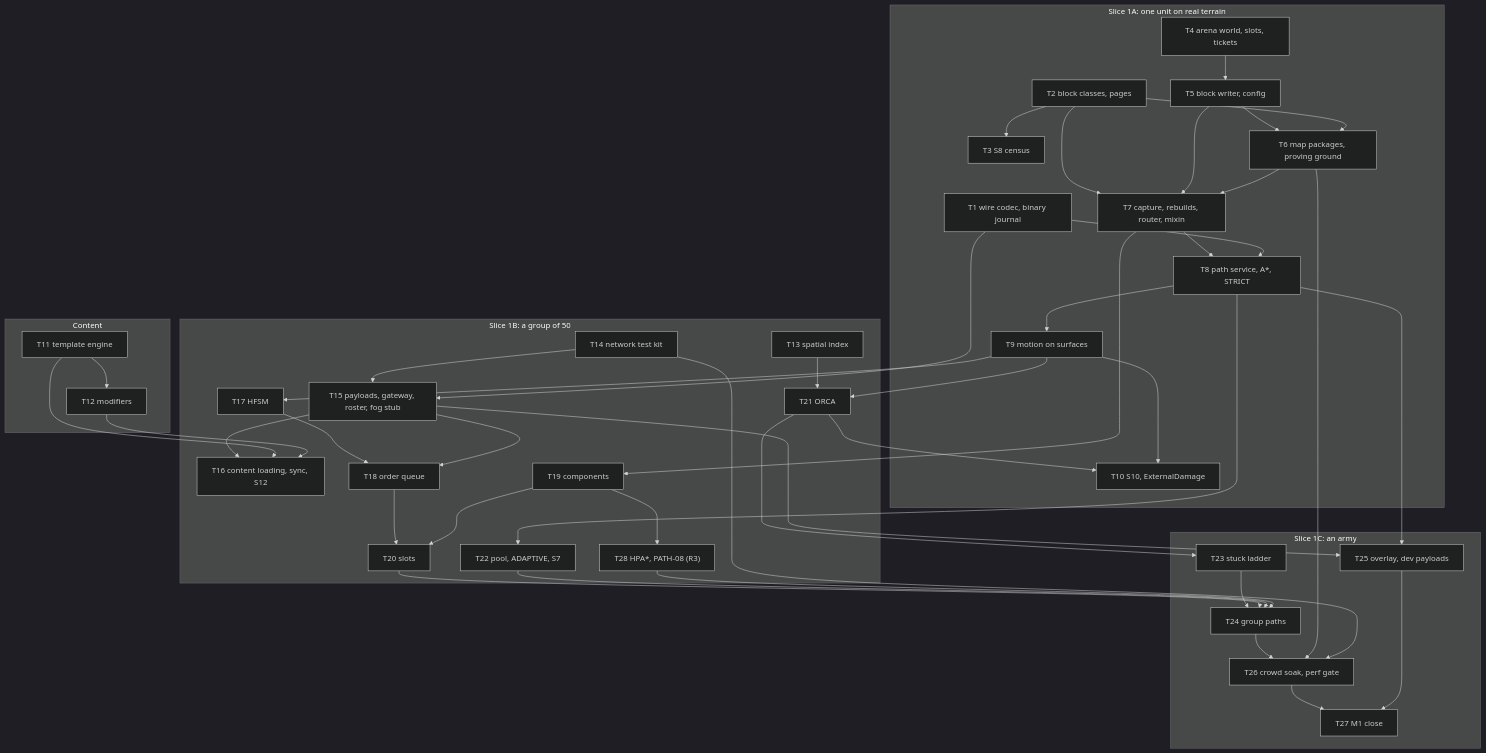
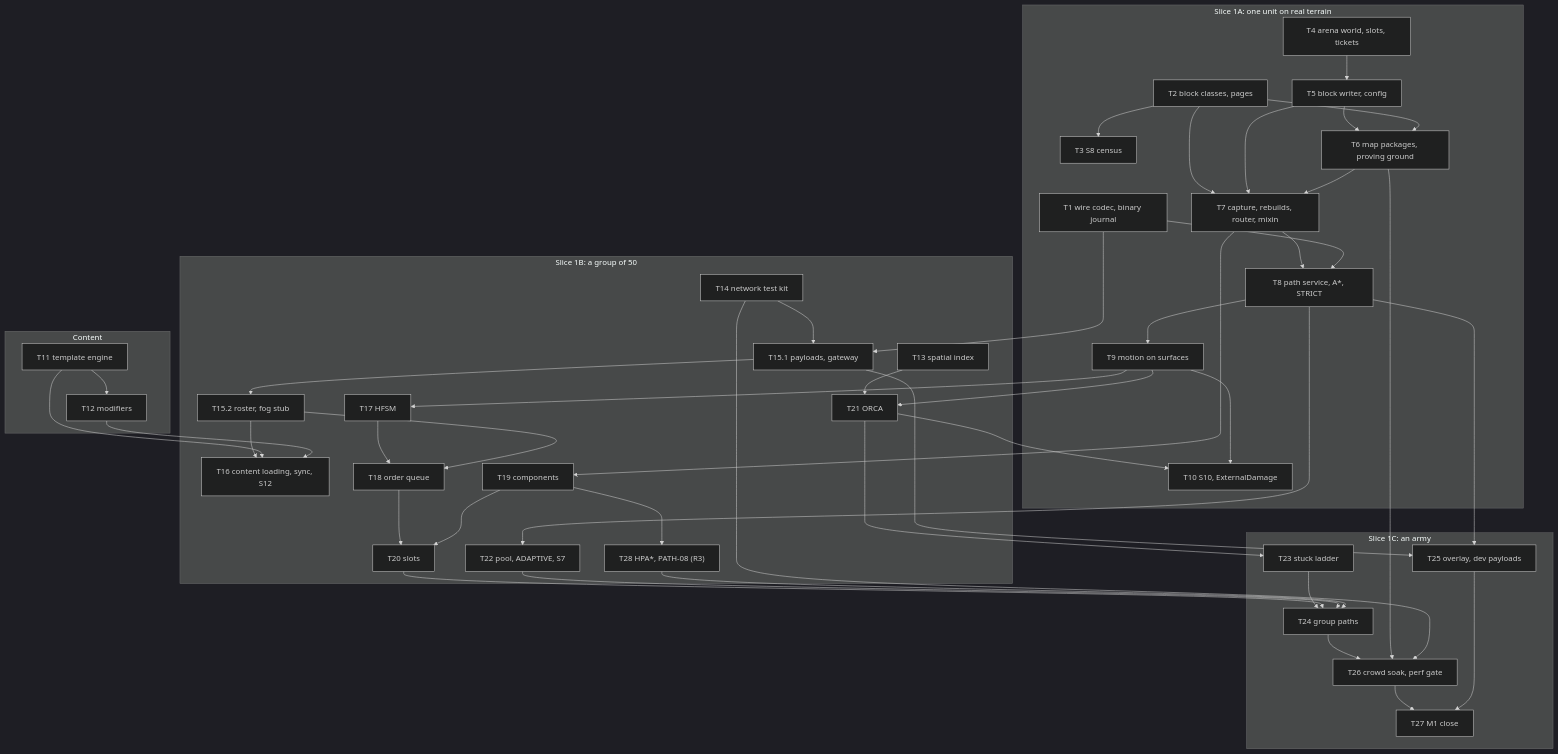
The third of 3 diagrams in docs/milestones/M1-movement.md (o-e-lytvynskyi/strategos), drawn with Mermaid (dark theme) before and after one commit. The commit also changed other lines of this file and 2 other files, not shown here.

Commit message:
M1: split T15 into T15.1, the payload layer and gateway, and T15.2, the roster and the fog-gate stub

````diff
--- a/docs/milestones/M1-movement.md
+++ b/docs/milestones/M1-movement.md
@@ -1318,48 +1318,48 @@
 ```mermaid
 flowchart TB
   subgraph A["Slice 1A: one unit on real terrain"]
     T1["T1 wire codec, binary journal"]
     T2["T2 block classes, pages"] --> T3["T3 S8 census"]
     T4["T4 arena world, slots, tickets"] --> T5["T5 block writer, config"] --> T6["T6 map packages, proving ground"]
     T2 --> T6
     T2 --> T7["T7 capture, rebuilds, router, mixin"]
     T5 --> T7
     T6 --> T7
     T7 --> T8["T8 path service, A*, STRICT"] --> T9["T9 motion on surfaces"] --> T10["T10 S10, ExternalDamage"]
     T1 --> T8
   end
   subgraph C["Content"]
     T11["T11 template engine"] --> T12["T12 modifiers"]
   end
   subgraph B["Slice 1B: a group of 50"]
     T13["T13 spatial index"]
-    T14["T14 network test kit"] --> T15["T15 payloads, gateway, roster, fog stub"]
-    T15 --> T16["T16 content loading, sync, S12"]
+    T14["T14 network test kit"] --> T15_1["T15.1 payloads, gateway"] --> T15_2["T15.2 roster, fog stub"]
+    T15_2 --> T16["T16 content loading, sync, S12"]
     T17["T17 HFSM"] --> T18["T18 order queue"]
-    T15 --> T18
+    T15_2 --> T18
     T7 --> T19["T19 components"]
     T18 --> T20["T20 slots"]
     T19 --> T20
     T13 --> T21["T21 ORCA"]
     T8 --> T22["T22 pool, ADAPTIVE, S7"]
     T19 --> T28["T28 HPA*, PATH-08 (R3)"]
   end
   subgraph X["Slice 1C: an army"]
     T23["T23 stuck ladder"] --> T24["T24 group paths"] --> T26["T26 crowd soak, perf gate"] --> T27["T27 M1 close"]
     T25["T25 overlay, dev payloads"] --> T27
   end
-  T1 --> T15
+  T1 --> T15_1
   T11 --> T16
   T12 --> T16
   T9 --> T17
   T9 --> T21
   T21 --> T23
   T20 --> T24
   T22 --> T24
   T28 --> T24
   T21 --> T10
-  T15 --> T25
+  T15_1 --> T25
   T8 --> T25
   T6 --> T26
   T14 --> T26
 ```
````
